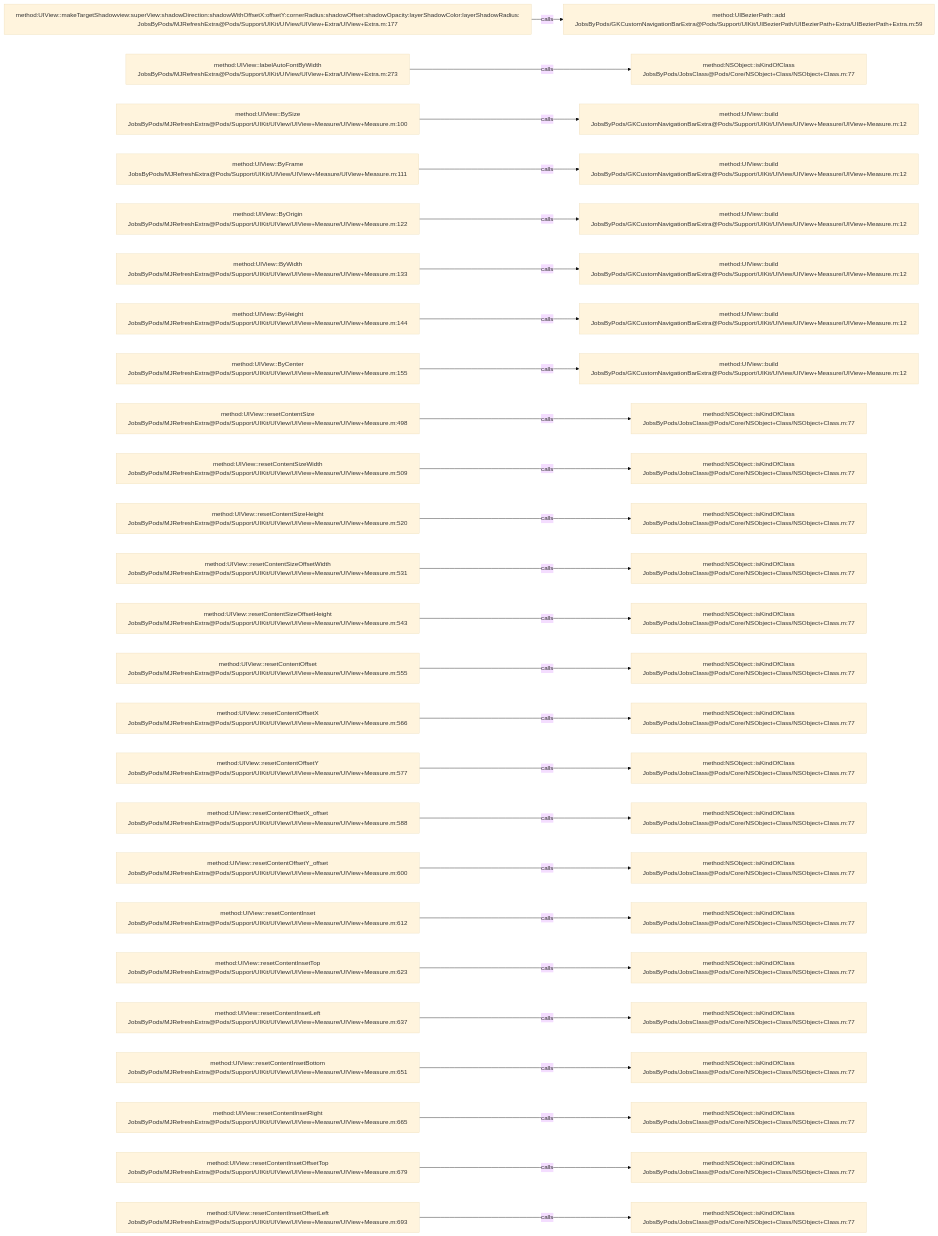
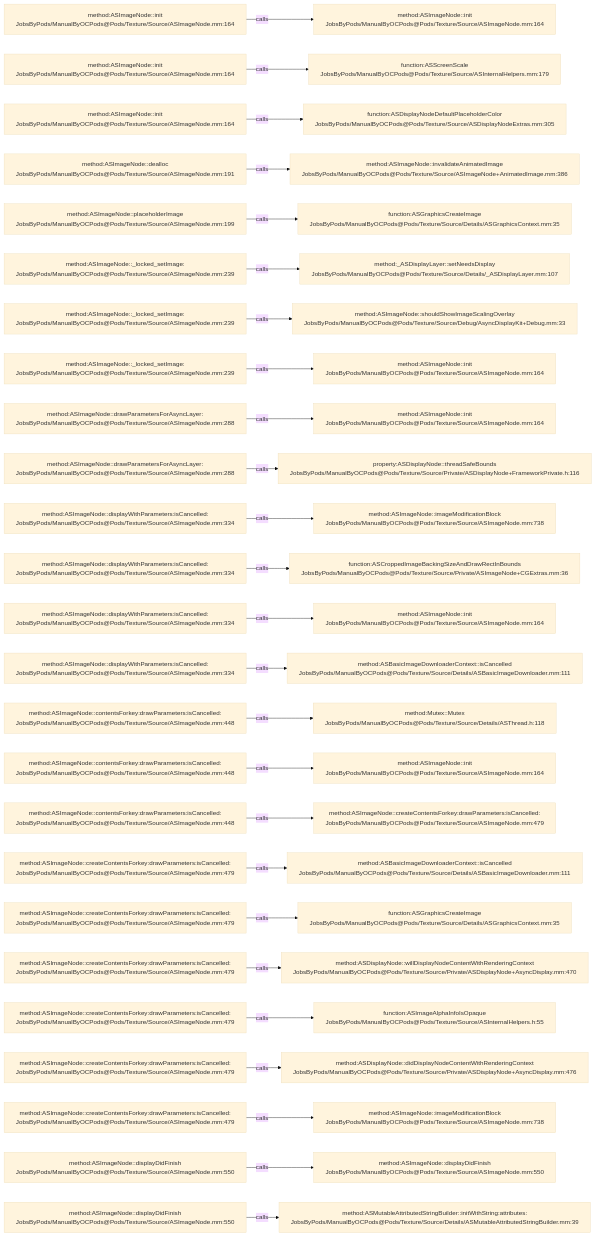
Before and after one commit to JobsKits/JobsOCBaseConfigDemo: the diagram in .codegraph/codegraph.md/graphs/calls-117.md, drawn with Mermaid (base theme). The commit also changed 2162 other files, not shown here.

````diff
--- a/.codegraph/codegraph.md/graphs/calls-117.md
+++ b/.codegraph/codegraph.md/graphs/calls-117.md
@@ -13,78 +13,78 @@
 ```mermaid
 flowchart LR
-  S1["method:UIView::makeTargetShadowview:superView:shadowDirection:shadowWithOffsetX:offsetY:cornerRadius:shadowOffset:shadowOpacity:layerShadowColor:layerShadowRadius:<br/>JobsByPods/MJRefreshExtra@Pods/Support/UIKit/UIView/UIView+Extra/UIView+Extra.m:177"]
-  T1["method:UIBezierPath::add<br/>JobsByPods/GKCustomNavigationBarExtra@Pods/Support/UIKit/UIBezierPath/UIBezierPath+Extra/UIBezierPath+Extra.m:59"]
+  S1["method:ASImageNode::init<br/>JobsByPods/ManualByOCPods@Pods/Texture/Source/ASImageNode.mm:164"]
+  T1["method:ASImageNode::init<br/>JobsByPods/ManualByOCPods@Pods/Texture/Source/ASImageNode.mm:164"]
   S1 -->|calls| T1
-  S2["method:UIView::labelAutoFontByWidth<br/>JobsByPods/MJRefreshExtra@Pods/Support/UIKit/UIView/UIView+Extra/UIView+Extra.m:273"]
-  T2["method:NSObject::isKindOfClass<br/>JobsByPods/JobsClass@Pods/Core/NSObject+Class/NSObject+Class.m:77"]
+  S2["method:ASImageNode::init<br/>JobsByPods/ManualByOCPods@Pods/Texture/Source/ASImageNode.mm:164"]
+  T2["function:ASScreenScale<br/>JobsByPods/ManualByOCPods@Pods/Texture/Source/ASInternalHelpers.mm:179"]
   S2 -->|calls| T2
-  S3["method:UIView::BySize<br/>JobsByPods/MJRefreshExtra@Pods/Support/UIKit/UIView/UIView+Measure/UIView+Measure.m:100"]
-  T3["method:UIView::build<br/>JobsByPods/GKCustomNavigationBarExtra@Pods/Support/UIKit/UIView/UIView+Measure/UIView+Measure.m:12"]
+  S3["method:ASImageNode::init<br/>JobsByPods/ManualByOCPods@Pods/Texture/Source/ASImageNode.mm:164"]
+  T3["function:ASDisplayNodeDefaultPlaceholderColor<br/>JobsByPods/ManualByOCPods@Pods/Texture/Source/ASDisplayNodeExtras.mm:305"]
   S3 -->|calls| T3
-  S4["method:UIView::ByFrame<br/>JobsByPods/MJRefreshExtra@Pods/Support/UIKit/UIView/UIView+Measure/UIView+Measure.m:111"]
-  T4["method:UIView::build<br/>JobsByPods/GKCustomNavigationBarExtra@Pods/Support/UIKit/UIView/UIView+Measure/UIView+Measure.m:12"]
+  S4["method:ASImageNode::dealloc<br/>JobsByPods/ManualByOCPods@Pods/Texture/Source/ASImageNode.mm:191"]
+  T4["method:ASImageNode::invalidateAnimatedImage<br/>JobsByPods/ManualByOCPods@Pods/Texture/Source/ASImageNode+AnimatedImage.mm:386"]
   S4 -->|calls| T4
-  S5["method:UIView::ByOrigin<br/>JobsByPods/MJRefreshExtra@Pods/Support/UIKit/UIView/UIView+Measure/UIView+Measure.m:122"]
-  T5["method:UIView::build<br/>JobsByPods/GKCustomNavigationBarExtra@Pods/Support/UIKit/UIView/UIView+Measure/UIView+Measure.m:12"]
+  S5["method:ASImageNode::placeholderImage<br/>JobsByPods/ManualByOCPods@Pods/Texture/Source/ASImageNode.mm:199"]
+  T5["function:ASGraphicsCreateImage<br/>JobsByPods/ManualByOCPods@Pods/Texture/Source/Details/ASGraphicsContext.mm:35"]
   S5 -->|calls| T5
-  S6["method:UIView::ByWidth<br/>JobsByPods/MJRefreshExtra@Pods/Support/UIKit/UIView/UIView+Measure/UIView+Measure.m:133"]
-  T6["method:UIView::build<br/>JobsByPods/GKCustomNavigationBarExtra@Pods/Support/UIKit/UIView/UIView+Measure/UIView+Measure.m:12"]
+  S6["method:ASImageNode::_locked_setImage:<br/>JobsByPods/ManualByOCPods@Pods/Texture/Source/ASImageNode.mm:239"]
+  T6["method:_ASDisplayLayer::setNeedsDisplay<br/>JobsByPods/ManualByOCPods@Pods/Texture/Source/Details/_ASDisplayLayer.mm:107"]
   S6 -->|calls| T6
-  S7["method:UIView::ByHeight<br/>JobsByPods/MJRefreshExtra@Pods/Support/UIKit/UIView/UIView+Measure/UIView+Measure.m:144"]
-  T7["method:UIView::build<br/>JobsByPods/GKCustomNavigationBarExtra@Pods/Support/UIKit/UIView/UIView+Measure/UIView+Measure.m:12"]
+  S7["method:ASImageNode::_locked_setImage:<br/>JobsByPods/ManualByOCPods@Pods/Texture/Source/ASImageNode.mm:239"]
+  T7["method:ASImageNode::shouldShowImageScalingOverlay<br/>JobsByPods/ManualByOCPods@Pods/Texture/Source/Debug/AsyncDisplayKit+Debug.mm:33"]
   S7 -->|calls| T7
-  S8["method:UIView::ByCenter<br/>JobsByPods/MJRefreshExtra@Pods/Support/UIKit/UIView/UIView+Measure/UIView+Measure.m:155"]
-  T8["method:UIView::build<br/>JobsByPods/GKCustomNavigationBarExtra@Pods/Support/UIKit/UIView/UIView+Measure/UIView+Measure.m:12"]
+  S8["method:ASImageNode::_locked_setImage:<br/>JobsByPods/ManualByOCPods@Pods/Texture/Source/ASImageNode.mm:239"]
+  T8["method:ASImageNode::init<br/>JobsByPods/ManualByOCPods@Pods/Texture/Source/ASImageNode.mm:164"]
   S8 -->|calls| T8
-  S9["method:UIView::resetContentSize<br/>JobsByPods/MJRefreshExtra@Pods/Support/UIKit/UIView/UIView+Measure/UIView+Measure.m:498"]
-  T9["method:NSObject::isKindOfClass<br/>JobsByPods/JobsClass@Pods/Core/NSObject+Class/NSObject+Class.m:77"]
+  S9["method:ASImageNode::drawParametersForAsyncLayer:<br/>JobsByPods/ManualByOCPods@Pods/Texture/Source/ASImageNode.mm:288"]
+  T9["method:ASImageNode::init<br/>JobsByPods/ManualByOCPods@Pods/Texture/Source/ASImageNode.mm:164"]
   S9 -->|calls| T9
-  S10["method:UIView::resetContentSizeWidth<br/>JobsByPods/MJRefreshExtra@Pods/Support/UIKit/UIView/UIView+Measure/UIView+Measure.m:509"]
-  T10["method:NSObject::isKindOfClass<br/>JobsByPods/JobsClass@Pods/Core/NSObject+Class/NSObject+Class.m:77"]
+  S10["method:ASImageNode::drawParametersForAsyncLayer:<br/>JobsByPods/ManualByOCPods@Pods/Texture/Source/ASImageNode.mm:288"]
+  T10["property:ASDisplayNode::threadSafeBounds<br/>JobsByPods/ManualByOCPods@Pods/Texture/Source/Private/ASDisplayNode+FrameworkPrivate.h:116"]
   S10 -->|calls| T10
-  S11["method:UIView::resetContentSizeHeight<br/>JobsByPods/MJRefreshExtra@Pods/Support/UIKit/UIView/UIView+Measure/UIView+Measure.m:520"]
-  T11["method:NSObject::isKindOfClass<br/>JobsByPods/JobsClass@Pods/Core/NSObject+Class/NSObject+Class.m:77"]
+  S11["method:ASImageNode::displayWithParameters:isCancelled:<br/>JobsByPods/ManualByOCPods@Pods/Texture/Source/ASImageNode.mm:334"]
+  T11["method:ASImageNode::imageModificationBlock<br/>JobsByPods/ManualByOCPods@Pods/Texture/Source/ASImageNode.mm:738"]
   S11 -->|calls| T11
-  S12["method:UIView::resetContentSizeOffsetWidth<br/>JobsByPods/MJRefreshExtra@Pods/Support/UIKit/UIView/UIView+Measure/UIView+Measure.m:531"]
-  T12["method:NSObject::isKindOfClass<br/>JobsByPods/JobsClass@Pods/Core/NSObject+Class/NSObject+Class.m:77"]
+  S12["method:ASImageNode::displayWithParameters:isCancelled:<br/>JobsByPods/ManualByOCPods@Pods/Texture/Source/ASImageNode.mm:334"]
+  T12["function:ASCroppedImageBackingSizeAndDrawRectInBounds<br/>JobsByPods/ManualByOCPods@Pods/Texture/Source/Private/ASImageNode+CGExtras.mm:36"]
   S12 -->|calls| T12
-  S13["method:UIView::resetContentSizeOffsetHeight<br/>JobsByPods/MJRefreshExtra@Pods/Support/UIKit/UIView/UIView+Measure/UIView+Measure.m:543"]
-  T13["method:NSObject::isKindOfClass<br/>JobsByPods/JobsClass@Pods/Core/NSObject+Class/NSObject+Class.m:77"]
+  S13["method:ASImageNode::displayWithParameters:isCancelled:<br/>JobsByPods/ManualByOCPods@Pods/Texture/Source/ASImageNode.mm:334"]
+  T13["method:ASImageNode::init<br/>JobsByPods/ManualByOCPods@Pods/Texture/Source/ASImageNode.mm:164"]
   S13 -->|calls| T13
-  S14["method:UIView::resetContentOffset<br/>JobsByPods/MJRefreshExtra@Pods/Support/UIKit/UIView/UIView+Measure/UIView+Measure.m:555"]
-  T14["method:NSObject::isKindOfClass<br/>JobsByPods/JobsClass@Pods/Core/NSObject+Class/NSObject+Class.m:77"]
+  S14["method:ASImageNode::displayWithParameters:isCancelled:<br/>JobsByPods/ManualByOCPods@Pods/Texture/Source/ASImageNode.mm:334"]
+  T14["method:ASBasicImageDownloaderContext::isCancelled<br/>JobsByPods/ManualByOCPods@Pods/Texture/Source/Details/ASBasicImageDownloader.mm:111"]
   S14 -->|calls| T14
-  S15["method:UIView::resetContentOffsetX<br/>JobsByPods/MJRefreshExtra@Pods/Support/UIKit/UIView/UIView+Measure/UIView+Measure.m:566"]
-  T15["method:NSObject::isKindOfClass<br/>JobsByPods/JobsClass@Pods/Core/NSObject+Class/NSObject+Class.m:77"]
+  S15["method:ASImageNode::contentsForkey:drawParameters:isCancelled:<br/>JobsByPods/ManualByOCPods@Pods/Texture/Source/ASImageNode.mm:448"]
+  T15["method:Mutex::Mutex<br/>JobsByPods/ManualByOCPods@Pods/Texture/Source/Details/ASThread.h:118"]
   S15 -->|calls| T15
-  S16["method:UIView::resetContentOffsetY<br/>JobsByPods/MJRefreshExtra@Pods/Support/UIKit/UIView/UIView+Measure/UIView+Measure.m:577"]
-  T16["method:NSObject::isKindOfClass<br/>JobsByPods/JobsClass@Pods/Core/NSObject+Class/NSObject+Class.m:77"]
+  S16["method:ASImageNode::contentsForkey:drawParameters:isCancelled:<br/>JobsByPods/ManualByOCPods@Pods/Texture/Source/ASImageNode.mm:448"]
+  T16["method:ASImageNode::init<br/>JobsByPods/ManualByOCPods@Pods/Texture/Source/ASImageNode.mm:164"]
   S16 -->|calls| T16
-  S17["method:UIView::resetContentOffsetX_offset<br/>JobsByPods/MJRefreshExtra@Pods/Support/UIKit/UIView/UIView+Measure/UIView+Measure.m:588"]
-  T17["method:NSObject::isKindOfClass<br/>JobsByPods/JobsClass@Pods/Core/NSObject+Class/NSObject+Class.m:77"]
+  S17["method:ASImageNode::contentsForkey:drawParameters:isCancelled:<br/>JobsByPods/ManualByOCPods@Pods/Texture/Source/ASImageNode.mm:448"]
+  T17["method:ASImageNode::createContentsForkey:drawParameters:isCancelled:<br/>JobsByPods/ManualByOCPods@Pods/Texture/Source/ASImageNode.mm:479"]
   S17 -->|calls| T17
-  S18["method:UIView::resetContentOffsetY_offset<br/>JobsByPods/MJRefreshExtra@Pods/Support/UIKit/UIView/UIView+Measure/UIView+Measure.m:600"]
-  T18["method:NSObject::isKindOfClass<br/>JobsByPods/JobsClass@Pods/Core/NSObject+Class/NSObject+Class.m:77"]
+  S18["method:ASImageNode::createContentsForkey:drawParameters:isCancelled:<br/>JobsByPods/ManualByOCPods@Pods/Texture/Source/ASImageNode.mm:479"]
+  T18["method:ASBasicImageDownloaderContext::isCancelled<br/>JobsByPods/ManualByOCPods@Pods/Texture/Source/Details/ASBasicImageDownloader.mm:111"]
   S18 -->|calls| T18
-  S19["method:UIView::resetContentInset<br/>JobsByPods/MJRefreshExtra@Pods/Support/UIKit/UIView/UIView+Measure/UIView+Measure.m:612"]
-  T19["method:NSObject::isKindOfClass<br/>JobsByPods/JobsClass@Pods/Core/NSObject+Class/NSObject+Class.m:77"]
+  S19["method:ASImageNode::createContentsForkey:drawParameters:isCancelled:<br/>JobsByPods/ManualByOCPods@Pods/Texture/Source/ASImageNode.mm:479"]
+  T19["function:ASGraphicsCreateImage<br/>JobsByPods/ManualByOCPods@Pods/Texture/Source/Details/ASGraphicsContext.mm:35"]
   S19 -->|calls| T19
-  S20["method:UIView::resetContentInsetTop<br/>JobsByPods/MJRefreshExtra@Pods/Support/UIKit/UIView/UIView+Measure/UIView+Measure.m:623"]
-  T20["method:NSObject::isKindOfClass<br/>JobsByPods/JobsClass@Pods/Core/NSObject+Class/NSObject+Class.m:77"]
+  S20["method:ASImageNode::createContentsForkey:drawParameters:isCancelled:<br/>JobsByPods/ManualByOCPods@Pods/Texture/Source/ASImageNode.mm:479"]
+  T20["method:ASDisplayNode::willDisplayNodeContentWithRenderingContext<br/>JobsByPods/ManualByOCPods@Pods/Texture/Source/Private/ASDisplayNode+AsyncDisplay.mm:470"]
   S20 -->|calls| T20
-  S21["method:UIView::resetContentInsetLeft<br/>JobsByPods/MJRefreshExtra@Pods/Support/UIKit/UIView/UIView+Measure/UIView+Measure.m:637"]
-  T21["method:NSObject::isKindOfClass<br/>JobsByPods/JobsClass@Pods/Core/NSObject+Class/NSObject+Class.m:77"]
+  S21["method:ASImageNode::createContentsForkey:drawParameters:isCancelled:<br/>JobsByPods/ManualByOCPods@Pods/Texture/Source/ASImageNode.mm:479"]
+  T21["function:ASImageAlphaInfoIsOpaque<br/>JobsByPods/ManualByOCPods@Pods/Texture/Source/ASInternalHelpers.h:55"]
   S21 -->|calls| T21
-  S22["method:UIView::resetContentInsetBottom<br/>JobsByPods/MJRefreshExtra@Pods/Support/UIKit/UIView/UIView+Measure/UIView+Measure.m:651"]
-  T22["method:NSObject::isKindOfClass<br/>JobsByPods/JobsClass@Pods/Core/NSObject+Class/NSObject+Class.m:77"]
+  S22["method:ASImageNode::createContentsForkey:drawParameters:isCancelled:<br/>JobsByPods/ManualByOCPods@Pods/Texture/Source/ASImageNode.mm:479"]
+  T22["method:ASDisplayNode::didDisplayNodeContentWithRenderingContext<br/>JobsByPods/ManualByOCPods@Pods/Texture/Source/Private/ASDisplayNode+AsyncDisplay.mm:476"]
   S22 -->|calls| T22
-  S23["method:UIView::resetContentInsetRight<br/>JobsByPods/MJRefreshExtra@Pods/Support/UIKit/UIView/UIView+Measure/UIView+Measure.m:665"]
-  T23["method:NSObject::isKindOfClass<br/>JobsByPods/JobsClass@Pods/Core/NSObject+Class/NSObject+Class.m:77"]
+  S23["method:ASImageNode::createContentsForkey:drawParameters:isCancelled:<br/>JobsByPods/ManualByOCPods@Pods/Texture/Source/ASImageNode.mm:479"]
+  T23["method:ASImageNode::imageModificationBlock<br/>JobsByPods/ManualByOCPods@Pods/Texture/Source/ASImageNode.mm:738"]
   S23 -->|calls| T23
-  S24["method:UIView::resetContentInsetOffsetTop<br/>JobsByPods/MJRefreshExtra@Pods/Support/UIKit/UIView/UIView+Measure/UIView+Measure.m:679"]
-  T24["method:NSObject::isKindOfClass<br/>JobsByPods/JobsClass@Pods/Core/NSObject+Class/NSObject+Class.m:77"]
+  S24["method:ASImageNode::displayDidFinish<br/>JobsByPods/ManualByOCPods@Pods/Texture/Source/ASImageNode.mm:550"]
+  T24["method:ASImageNode::displayDidFinish<br/>JobsByPods/ManualByOCPods@Pods/Texture/Source/ASImageNode.mm:550"]
   S24 -->|calls| T24
-  S25["method:UIView::resetContentInsetOffsetLeft<br/>JobsByPods/MJRefreshExtra@Pods/Support/UIKit/UIView/UIView+Measure/UIView+Measure.m:693"]
-  T25["method:NSObject::isKindOfClass<br/>JobsByPods/JobsClass@Pods/Core/NSObject+Class/NSObject+Class.m:77"]
+  S25["method:ASImageNode::displayDidFinish<br/>JobsByPods/ManualByOCPods@Pods/Texture/Source/ASImageNode.mm:550"]
+  T25["method:ASMutableAttributedStringBuilder::initWithString:attributes:<br/>JobsByPods/ManualByOCPods@Pods/Texture/Source/Details/ASMutableAttributedStringBuilder.mm:39"]
   S25 -->|calls| T25
 ```
````
